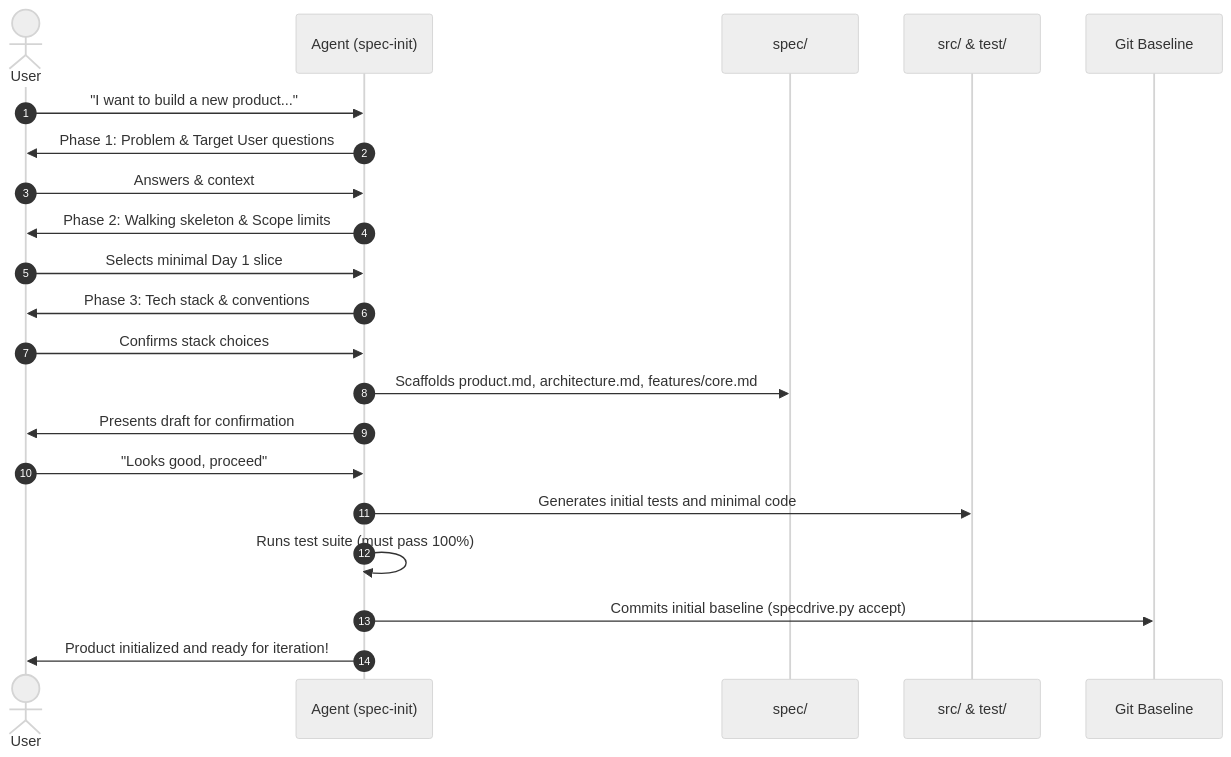
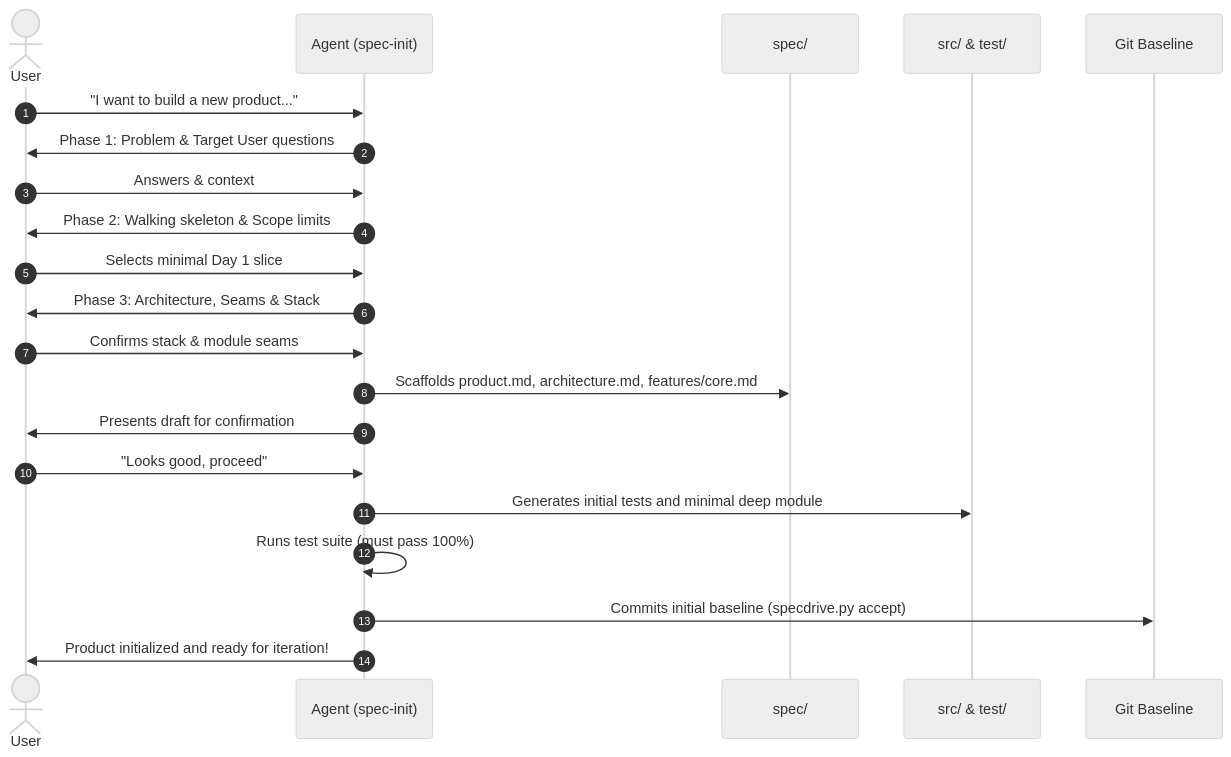
The diagram in .agents/skills/spec-init/SKILL.md (junov/SpecDrive), drawn with Mermaid (neutral theme) before and after one commit. The commit also changed other lines of this file and 11 other files, not shown here.

Commit message:
Integrate codebase design and deep module principles across SpecDrive

````diff
--- a/.agents/skills/spec-init/SKILL.md
+++ b/.agents/skills/spec-init/SKILL.md
@@ -42,24 +43,24 @@
 ```mermaid
 sequenceDiagram
     autonumber
     actor User
     participant Agent as Agent (spec-init)
     participant Spec as spec/
     participant Code as src/ & test/
     participant Git as Git Baseline
 
     User->>Agent: "I want to build a new product..."
     Agent->>User: Phase 1: Problem & Target User questions
     User->>Agent: Answers & context
     Agent->>User: Phase 2: Walking skeleton & Scope limits
     User->>Agent: Selects minimal Day 1 slice
-    Agent->>User: Phase 3: Tech stack & conventions
-    User->>Agent: Confirms stack choices
+    Agent->>User: Phase 3: Architecture, Seams & Stack
+    User->>Agent: Confirms stack & module seams
     Agent->>Spec: Scaffolds product.md, architecture.md, features/core.md
     Agent->>User: Presents draft for confirmation
     User->>Agent: "Looks good, proceed"
-    Agent->>Code: Generates initial tests and minimal code
+    Agent->>Code: Generates initial tests and minimal deep module
     Agent->>Agent: Runs test suite (must pass 100%)
     Agent->>Git: Commits initial baseline (specdrive.py accept)
     Agent->>User: Product initialized and ready for iteration!
 ```
````
